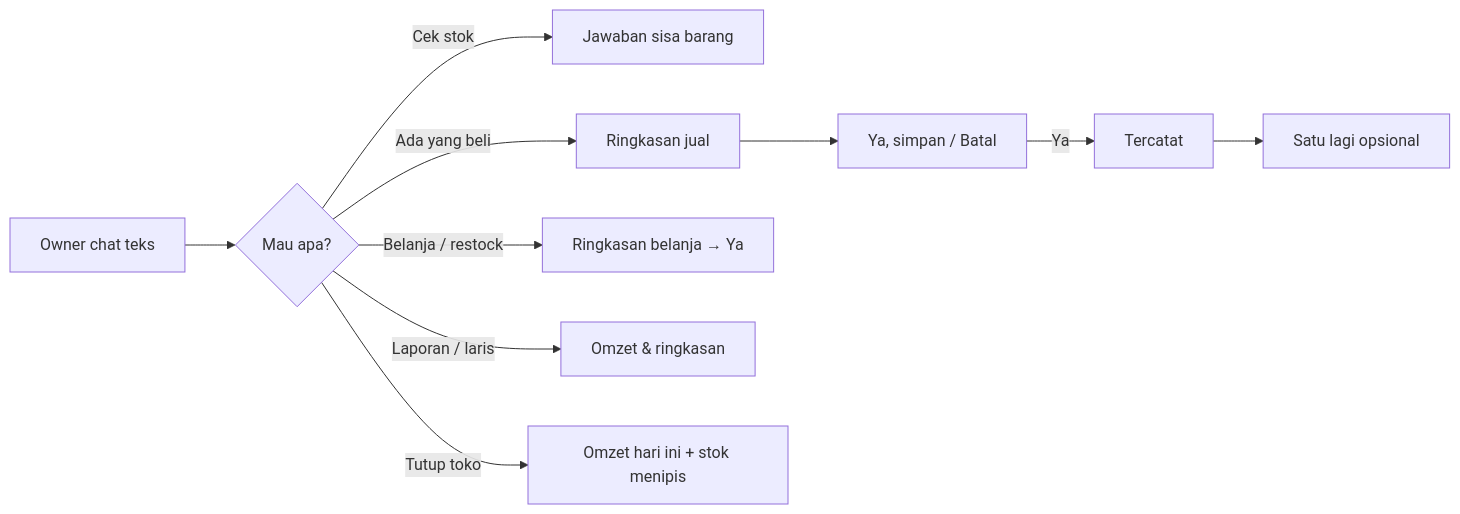
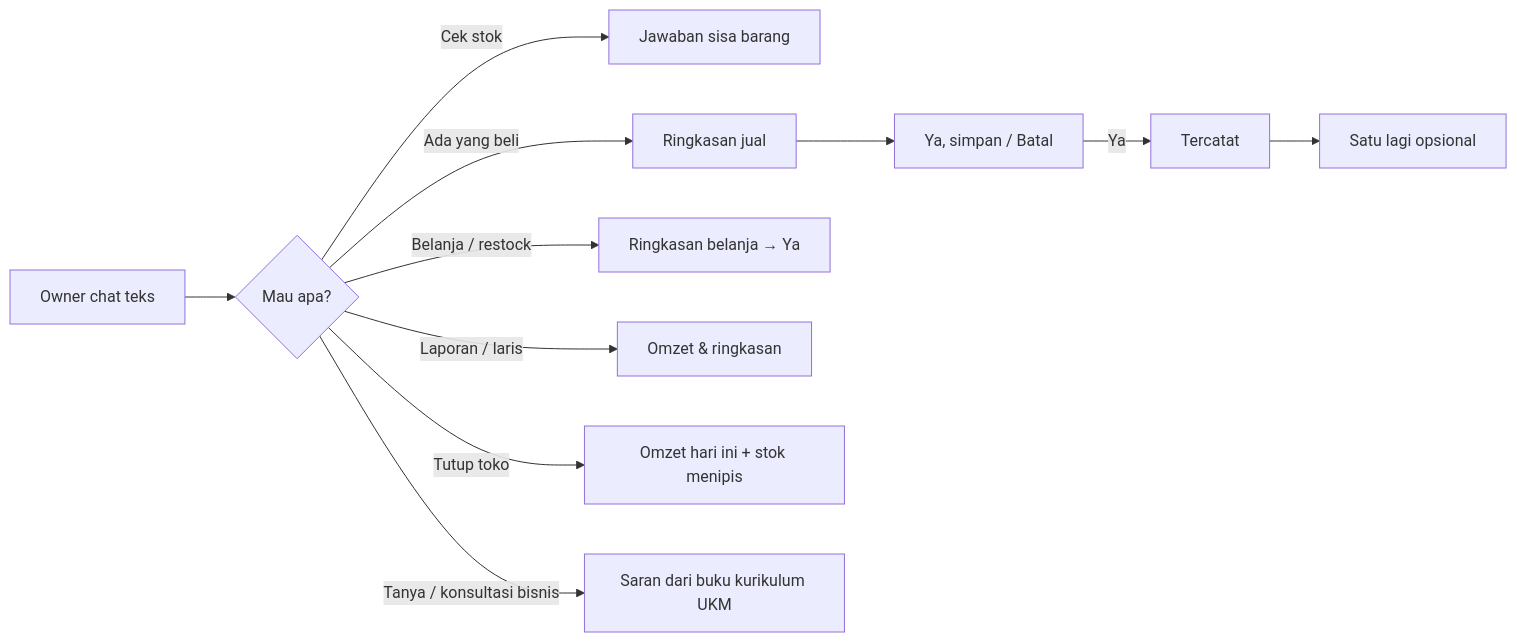
The diagram in diagrams/aistudio/umkm-wa/business/L0b-kasir-harian.mmd (nusantarasoft/juragan-aibuilder-cup), drawn with Mermaid before and after one commit. The commit also changed 20 other files, not shown here.

```diff
--- a/diagrams/aistudio/umkm-wa/business/L0b-kasir-harian.mmd
+++ b/diagrams/aistudio/umkm-wa/business/L0b-kasir-harian.mmd
@@ -1,11 +1,12 @@
 %% Owner daily ritual after Approve (sales / pitch — no eng jargon)
 flowchart LR
   A[Owner chat teks] --> B{Mau apa?}
   B -->|Cek stok| C[Jawaban sisa barang]
   B -->|Ada yang beli| D[Ringkasan jual]
   D --> E[Ya, simpan / Batal]
   E -->|Ya| F[Tercatat]
   F --> G[Satu lagi opsional]
   B -->|Belanja / restock| H[Ringkasan belanja → Ya]
   B -->|Laporan / laris| I[Omzet & ringkasan]
   B -->|Tutup toko| J[Omzet hari ini + stok menipis]
+  B -->|Tanya / konsultasi bisnis| K[Saran dari buku kurikulum UKM]
```
